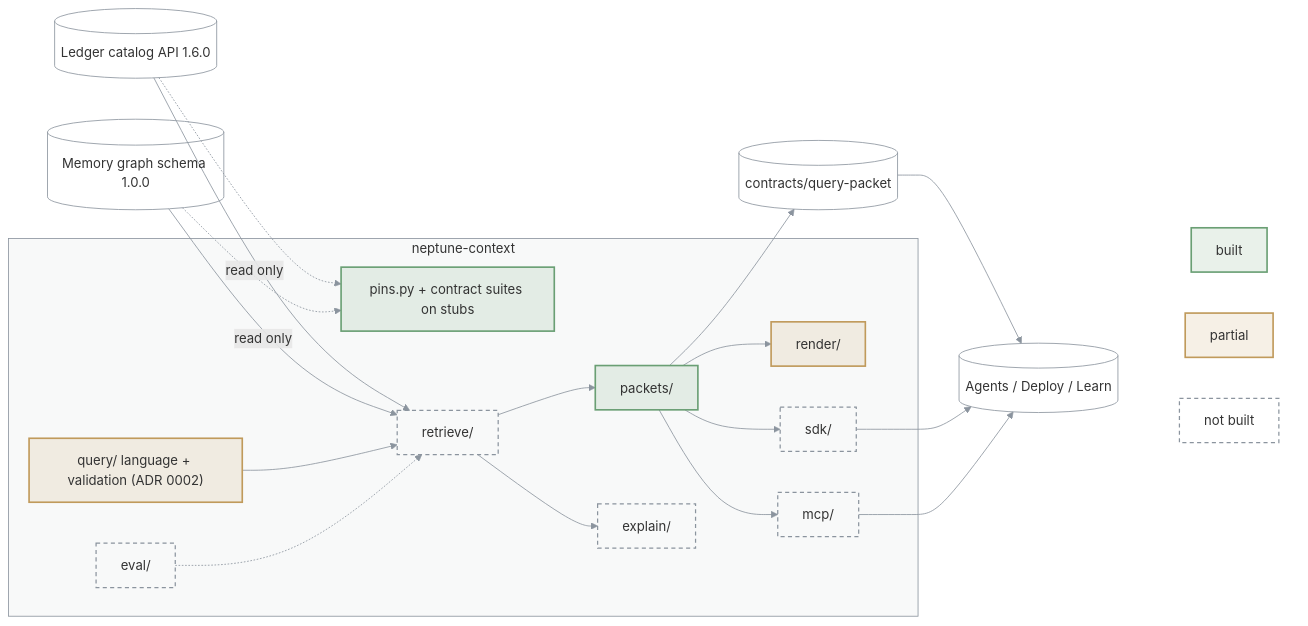
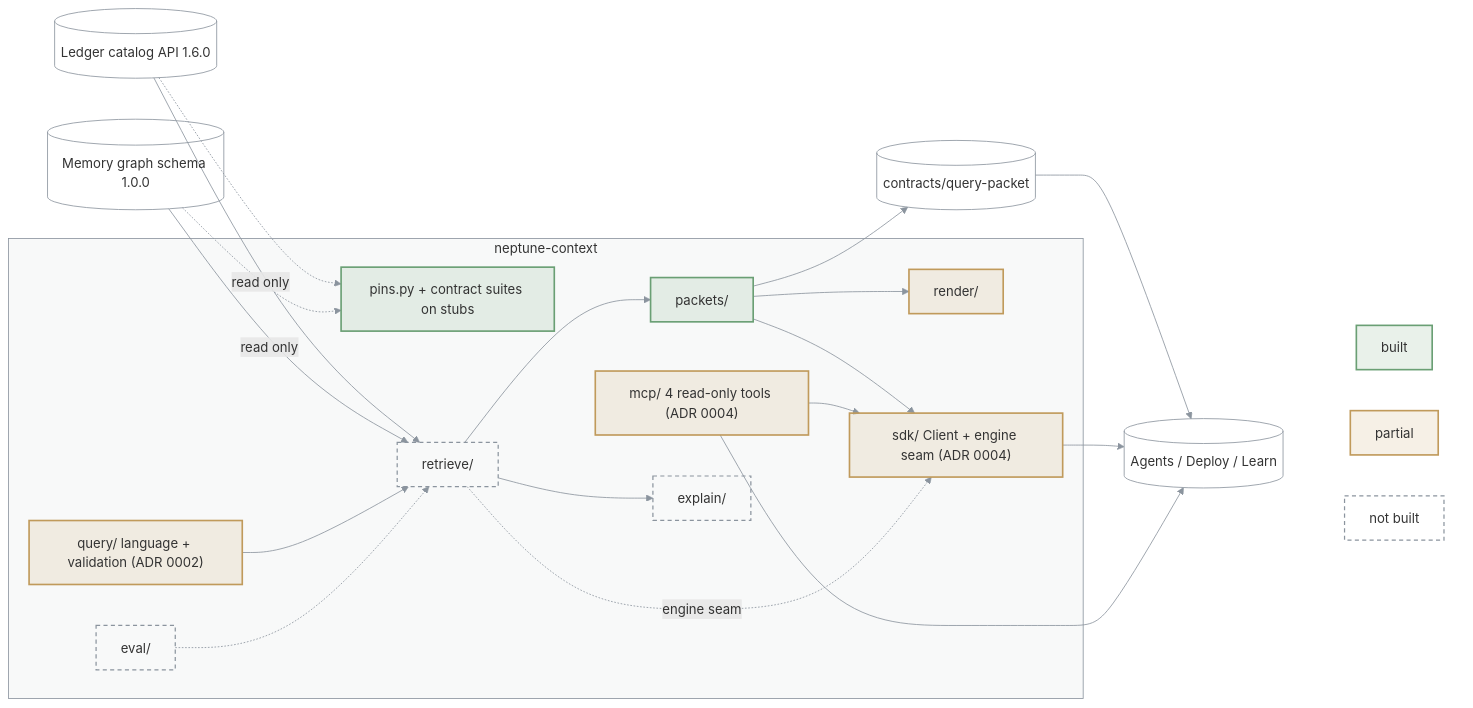
The diagram in packages/neptune-context/ARCHITECTURE.md (bennytay/neptune), drawn with Mermaid before and after one commit. The commit also changed 21 other files, not shown here.

First line of the commit message:
feat(context): Python SDK (sync and async) and MCP server over the query and packet contracts

````diff
--- a/packages/neptune-context/ARCHITECTURE.md
+++ b/packages/neptune-context/ARCHITECTURE.md
@@ -3,46 +3,48 @@
 ```mermaid
 flowchart LR
   LED[("Ledger catalog API 1.6.0")]
   MEM[("Memory graph schema 1.0.0")]
   subgraph P["neptune-context"]
     PIN["pins.py + contract suites on stubs"]
     QRY["query/ language + validation (ADR 0002)"]
     RET["retrieve/"]
     PKT["packets/"]
     RND["render/"]
-    SDK["sdk/"]
-    MCP["mcp/"]
+    SDK["sdk/ Client + engine seam (ADR 0004)"]
+    MCP["mcp/ 4 read-only tools (ADR 0004)"]
     EXP["explain/"]
     EVA["eval/"]
   end
   OUT[("Agents / Deploy / Learn")]
   CON[("contracts/query-packet")]
   LED -->|read only| RET
   MEM -->|read only| RET
   LED & MEM -.-> PIN
   QRY --> RET --> PKT --> RND
   RET --> EXP
-  PKT --> SDK & MCP
+  PKT --> SDK
+  MCP --> SDK
+  RET -.->|engine seam| SDK
   EVA -.-> RET
   PKT --> CON --> OUT
   SDK & MCP --> OUT
 
   subgraph KEY[" "]
     K1["built"]
     K2["partial"]
     K3["not built"]
   end
   OUT ~~~ K1 & K2 & K3
 
   classDef built fill:#6a9f7426,stroke:#6a9f74,stroke-width:2px
   classDef partial fill:#c09a5b26,stroke:#c09a5b,stroke-width:2px
   classDef todo fill:none,stroke:#8b949e,stroke-width:1.5px,stroke-dasharray:5 4
   classDef ext fill:none,stroke:#8b949e,stroke-width:1px
   class K1,PIN,PKT built
-  class K2,QRY,RND partial
-  class RET,SDK,MCP,EXP,EVA,K3 todo
+  class K2,QRY,RND,SDK,MCP partial
+  class RET,EXP,EVA,K3 todo
   class LED,MEM,OUT,CON ext
   style P fill:#8b949e0f,stroke:#8b949e
   style KEY fill:none,stroke:none
   linkStyle default stroke:#8b949e
 ```
````
